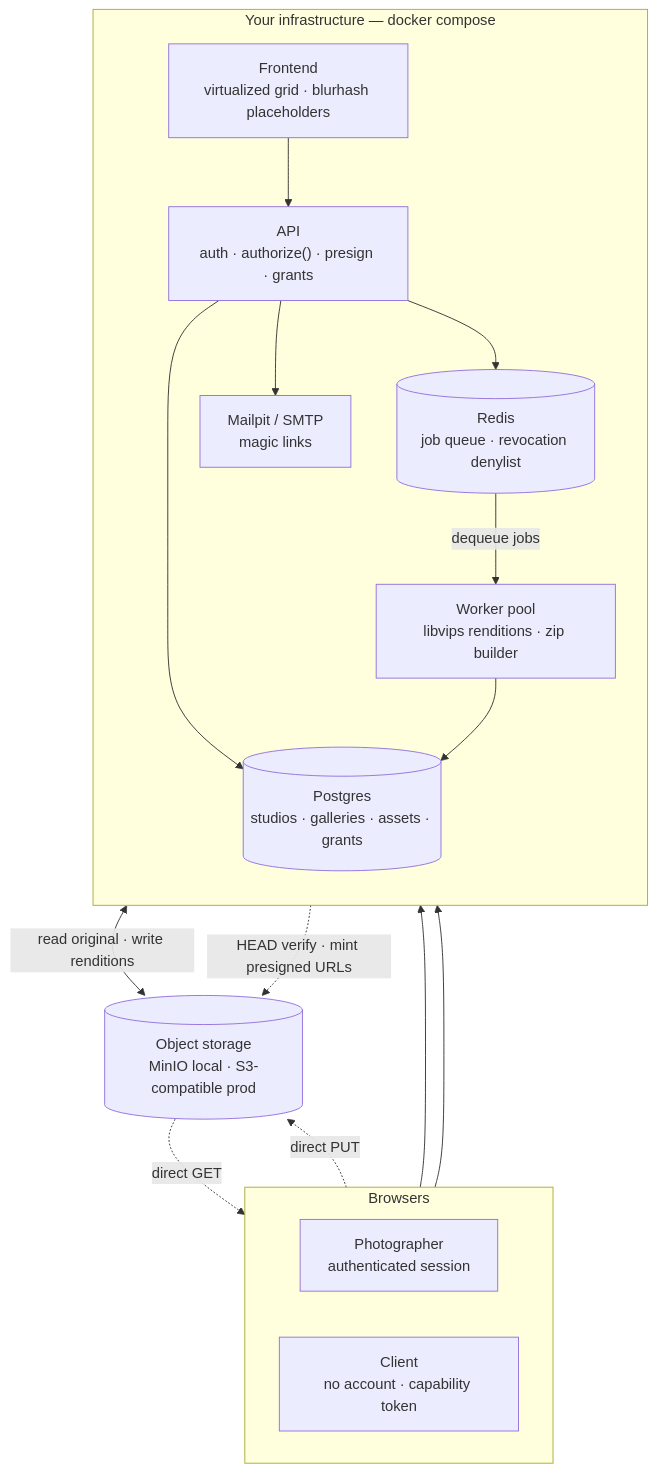
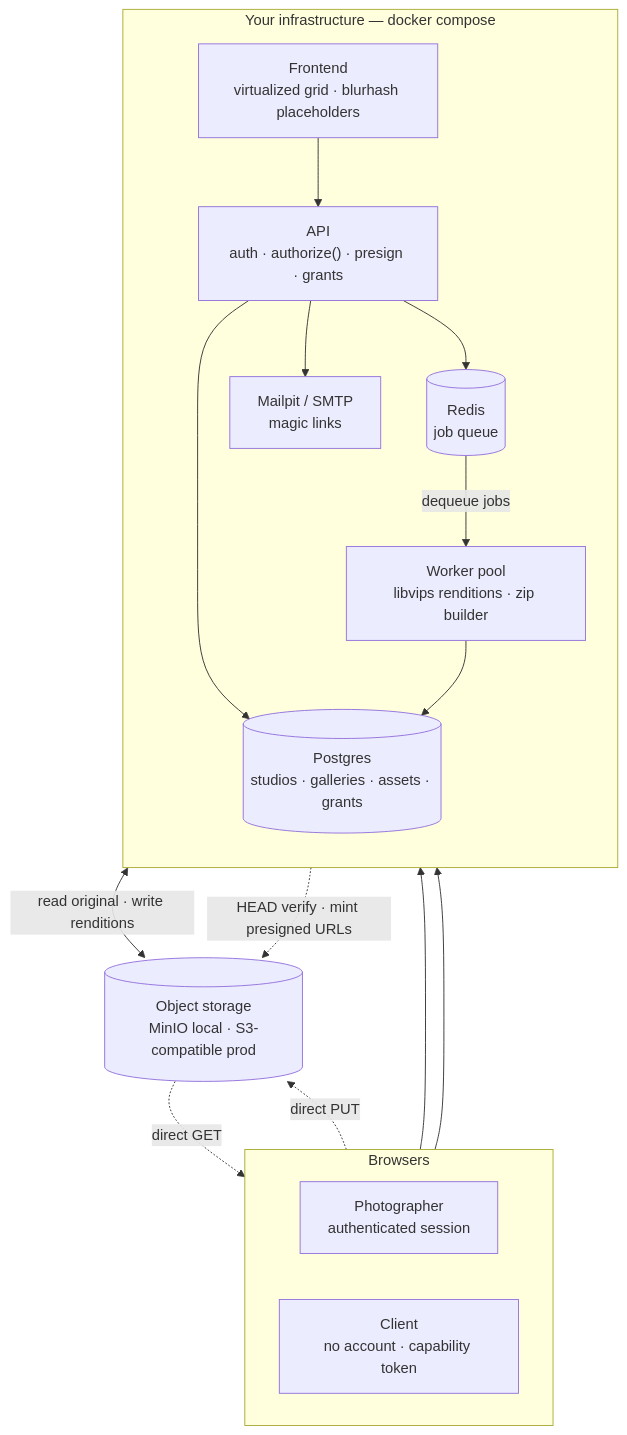
Before and after one commit to RaresPetrisor22/pixhaus: the first of 5 diagrams in docs/architecture.md, drawn with Mermaid. The commit also changed other lines of this file and 1 other file, not shown here.

Commit message:
update readme and architecture to reflect current project status

````diff
--- a/docs/architecture.md
+++ b/docs/architecture.md
@@ -22,33 +22,33 @@
 ```mermaid
 flowchart TB
     subgraph browsers["Browsers"]
         direction LR
         PH["Photographer<br/>authenticated session"]
         CL["Client<br/>no account · capability token"]
     end
 
     subgraph app["Your infrastructure — docker compose"]
         direction TB
         FE["Frontend<br/>virtualized grid · blurhash placeholders"]
         API["API<br/>auth · authorize() · presign · grants"]
         WK["Worker pool<br/>libvips renditions · zip builder"]
         PG[("Postgres<br/>studios · galleries · assets · grants")]
-        RD[("Redis<br/>job queue · revocation denylist")]
+        RD[("Redis<br/>job queue")]
         MP["Mailpit / SMTP<br/>magic links"]
     end
 
     OBJ[("Object storage<br/>MinIO local · S3-compatible prod")]
 
     PH --> FE
     CL --> FE
     FE --> API
     API --> PG
     API --> RD
     API --> MP
     RD -->|dequeue jobs| WK
     WK --> PG
     WK <-->|read original · write renditions| OBJ
     API -.->|HEAD verify · mint presigned URLs| OBJ
     PH -.->|direct PUT| OBJ
     OBJ -.->|direct GET| CL
 ```
````
